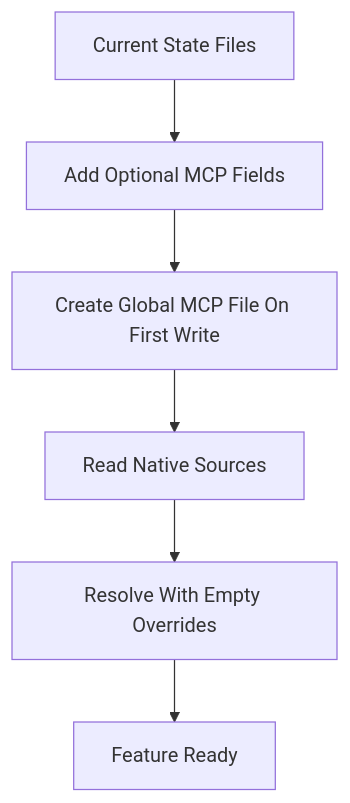
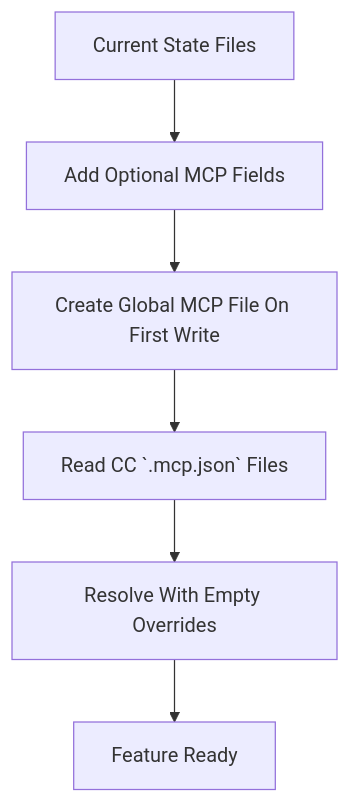
One commit to amhuppert/remote-ai-manager changed the sixth of 6 diagrams in .kiro/specs/mcp-configuration/design.md. Above: the diagram before and after it, drawn with Mermaid. The commit also changed other lines of this file and 84 other files, not shown here.

````diff
--- a/.kiro/specs/mcp-configuration/design.md
+++ b/.kiro/specs/mcp-configuration/design.md
@@ -915,8 +911,8 @@
 ```mermaid
 flowchart TD
   Start[Current State Files] --> AddSchemas[Add Optional MCP Fields]
   AddSchemas --> AddGlobal[Create Global MCP File On First Write]
-  AddGlobal --> Discover[Read Native Sources]
+  AddGlobal --> Discover[Read CC `.mcp.json` Files]
   Discover --> Resolve[Resolve With Empty Overrides]
   Resolve --> Ready[Feature Ready]
 ```
````
